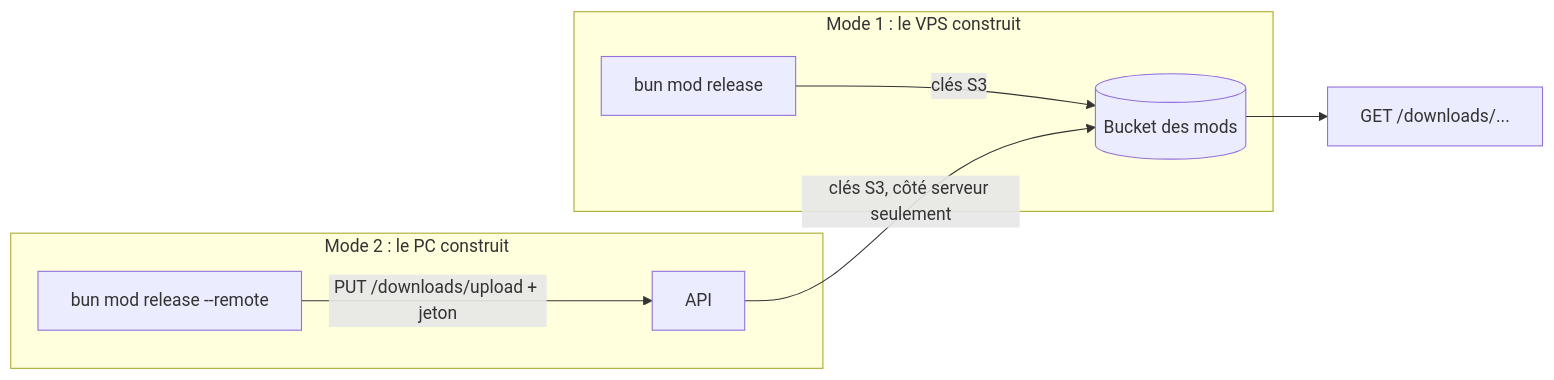
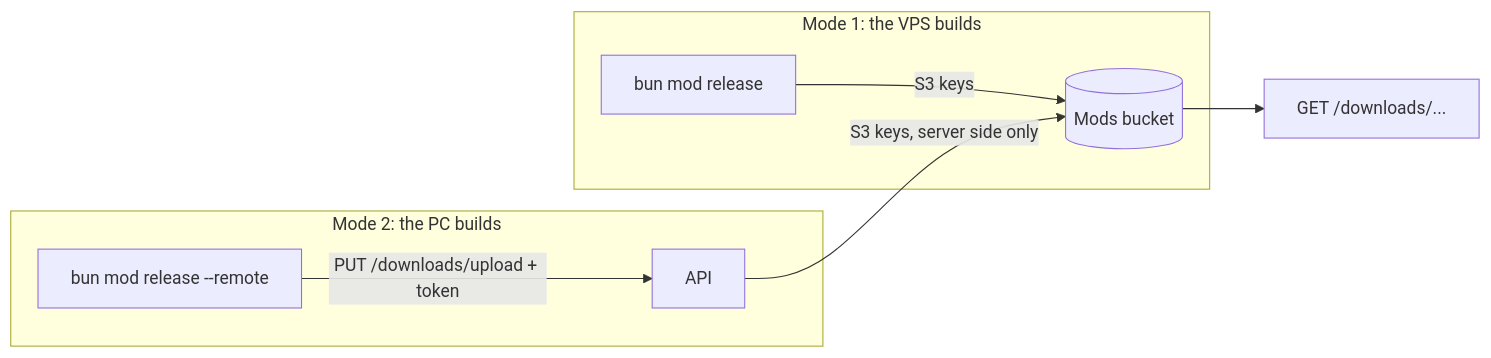
Before and after one commit to For-Hives/minemories: the second of 2 diagrams in docs/features/automatic-releases.md, drawn with Mermaid. The commit also changed other lines of this file and 301 other files, not shown here.

````diff
--- a/docs/features/automatic-releases.md
+++ b/docs/features/automatic-releases.md
@@ -98,11 +98,11 @@
 ```mermaid
 flowchart LR
-  subgraph vps[Mode 1 : le VPS construit]
-    A1[bun mod release] -->|clés S3| S[(Bucket des mods)]
+  subgraph vps[Mode 1: the VPS builds]
+    A1[bun mod release] -->|S3 keys| S[(Mods bucket)]
   end
-  subgraph pc[Mode 2 : le PC construit]
-    A2[bun mod release --remote] -->|PUT /downloads/upload + jeton| API
-    API -->|clés S3, côté serveur seulement| S
+  subgraph pc[Mode 2: the PC builds]
+    A2[bun mod release --remote] -->|PUT /downloads/upload + token| API
+    API -->|S3 keys, server side only| S
   end
   S --> D[GET /downloads/...]
 ```
````
